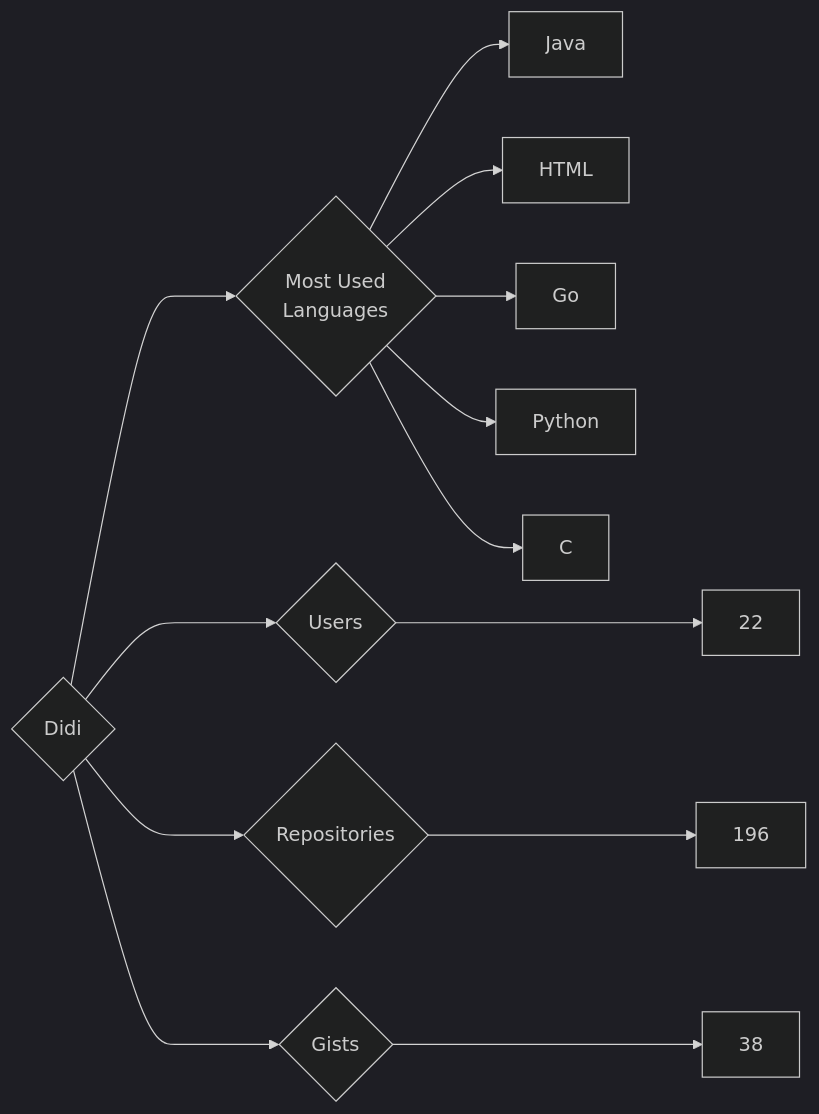
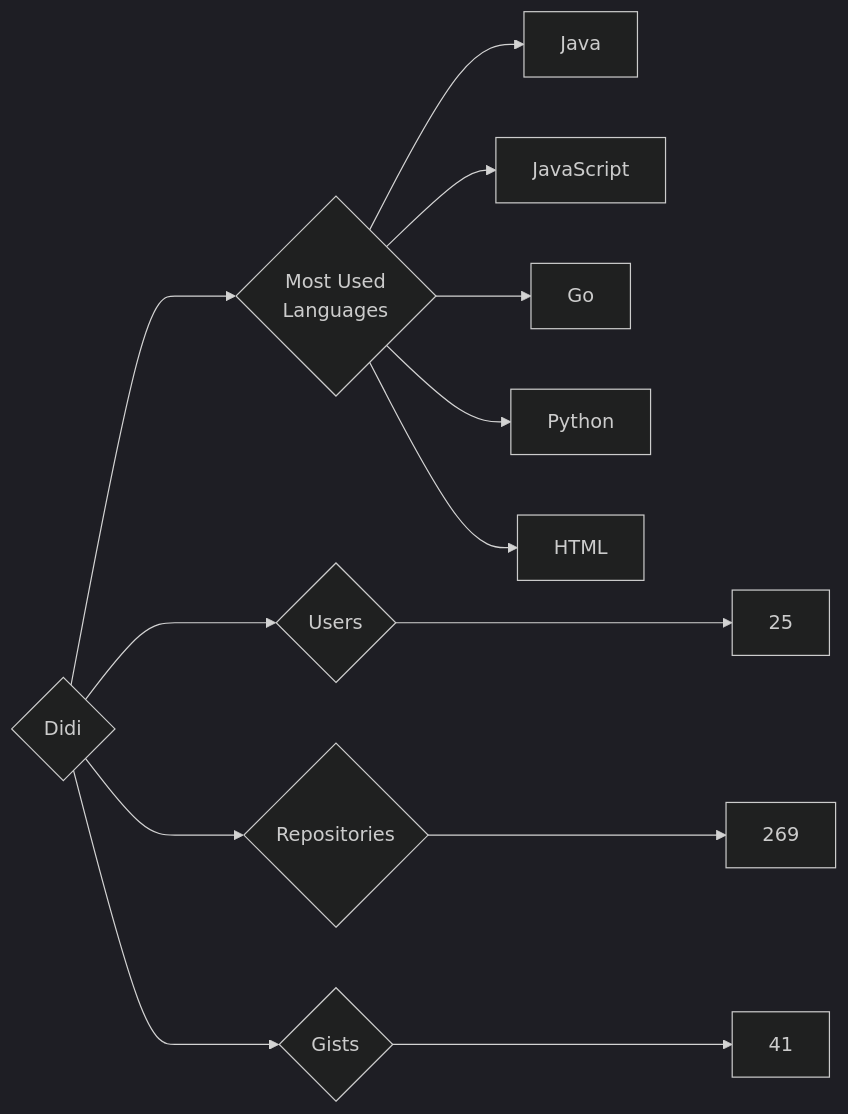
The diagram in targets/Didi/README.md (trickest/insiders), drawn with Mermaid (dark theme) before and after one commit. The commit also changed 845 other files, not shown here.

````diff
--- a/targets/Didi/README.md
+++ b/targets/Didi/README.md
@@ -3,13 +3,13 @@
 ```mermaid
 graph LR
 COMPANY_NAME{Didi}
-COMPANY_NAME ---> U{Users} ---> UN[22]
-COMPANY_NAME ---> R{Repositories} ---> RN[196]
-COMPANY_NAME ---> G{Gists} ---> GN[38]
+COMPANY_NAME ---> U{Users} ---> UN[25]
+COMPANY_NAME ---> R{Repositories} ---> RN[269]
+COMPANY_NAME ---> G{Gists} ---> GN[41]
 COMPANY_NAME ---> ML{Most Used<br>Languages}
 ML --> Java[Java]
-ML --> HTML[HTML]
+ML --> JavaScript[JavaScript]
 ML --> Go[Go]
 ML --> Python[Python]
-ML --> C[C]
+ML --> HTML[HTML]
 ```
````
